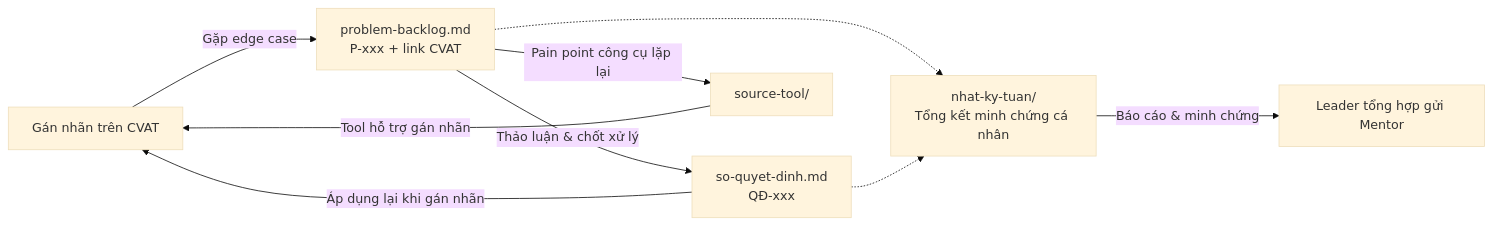
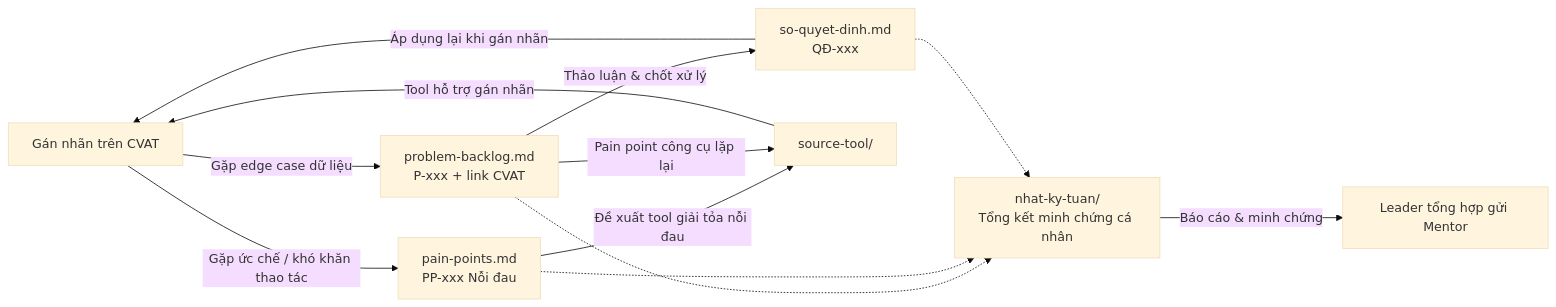
Before and after one commit to spameverytime/G01-T006-2A202602093-BACKLOGS: the diagram in README.md, drawn with Mermaid (base theme). The commit also changed other lines of this file and 6 other files, not shown here.

````diff
--- a/README.md
+++ b/README.md
@@ -33,11 +35,14 @@
 ```mermaid
 flowchart LR
-    A[Gán nhãn trên CVAT] -->|Gặp edge case| B[problem-backlog.md<br/>P-xxx + link CVAT]
+    A[Gán nhãn trên CVAT] -->|Gặp edge case dữ liệu| B[problem-backlog.md<br/>P-xxx + link CVAT]
+    A -->|Gặp ức chế / khó khăn thao tác| PP[pain-points.md<br/>PP-xxx Nỗi đau]
     B -->|Thảo luận & chốt xử lý| C[so-quyet-dinh.md<br/>QĐ-xxx]
+    PP -->|Đề xuất tool giải tỏa nỗi đau| D[source-tool/]
+    B -->|Pain point công cụ lặp lại| D
     C -->|Áp dụng lại khi gán nhãn| A
-    B -->|Pain point công cụ lặp lại| D[source-tool/]
     D -->|Tool hỗ trợ gán nhãn| A
     B -.-> E[nhat-ky-tuan/<br/>Tổng kết minh chứng cá nhân]
+    PP -.-> E
     C -.-> E
     E -->|Báo cáo & minh chứng| F[Leader tổng hợp gửi Mentor]
 ```
````
